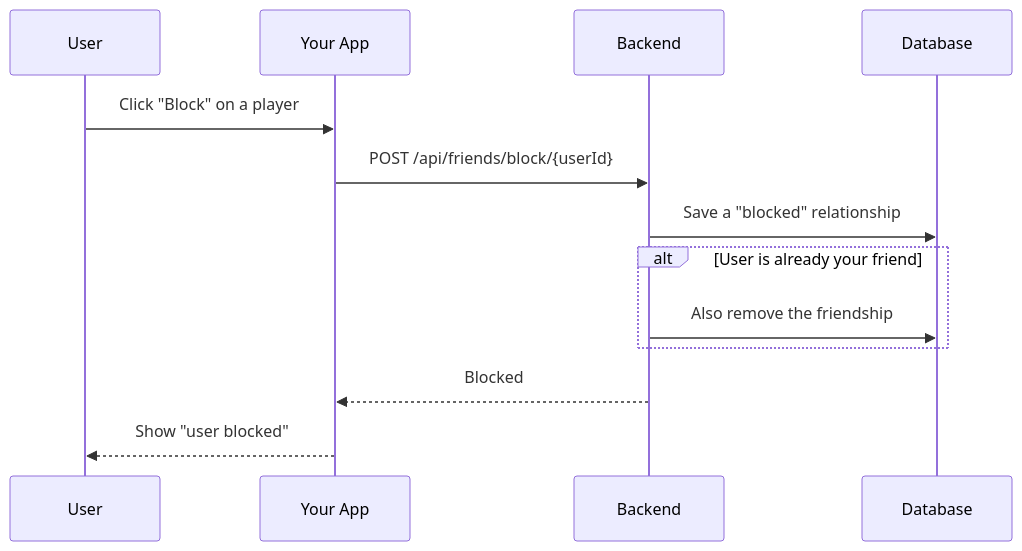
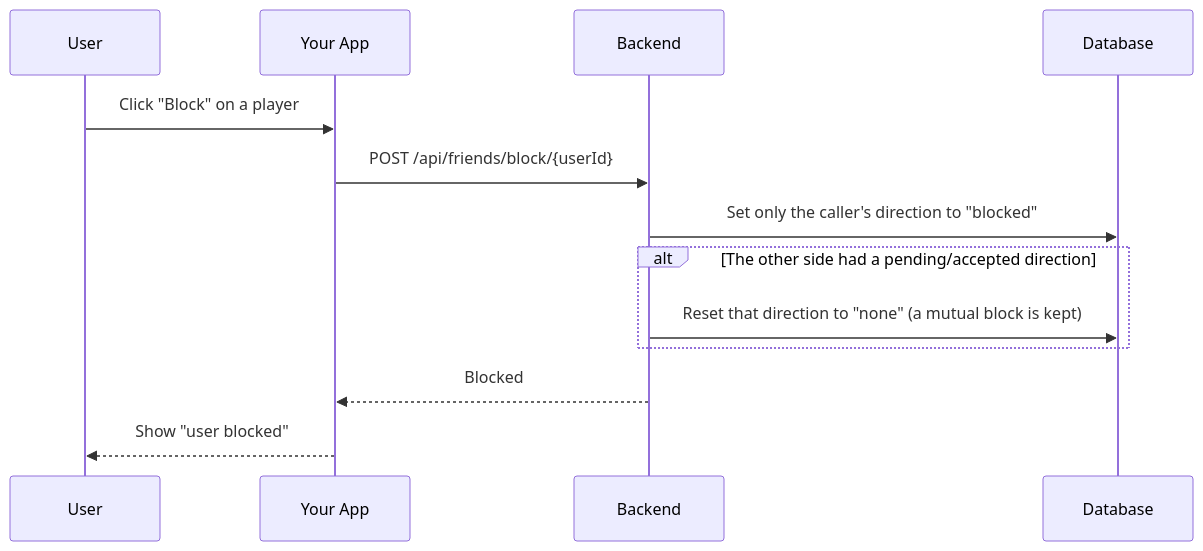
Before and after one commit to J00ZzZ/ft_transcendence: the sixth of 7 diagrams in docs/backend/backend-friends-module.md, drawn with Mermaid. The commit also changed other lines of this file and 17 other files, not shown here.

````diff
--- a/docs/backend/backend-friends-module.md
+++ b/docs/backend/backend-friends-module.md
@@ -245,16 +294,16 @@
 ```mermaid
 sequenceDiagram
     participant User
     participant Site as Your App
     participant Server as Backend
     participant DB as Database
 
     User->>Site: Click "Block" on a player
     Site->>Server: POST /api/friends/block/{userId}
-    Server->>DB: Save a "blocked" relationship
-    alt User is already your friend
-        Server->>DB: Also remove the friendship
+    Server->>DB: Set only the caller's direction to "blocked"
+    alt The other side had a pending/accepted direction
+        Server->>DB: Reset that direction to "none" (a mutual block is kept)
     end
     Server-->>Site: Blocked
     Site-->>User: Show "user blocked"
 ```
````
